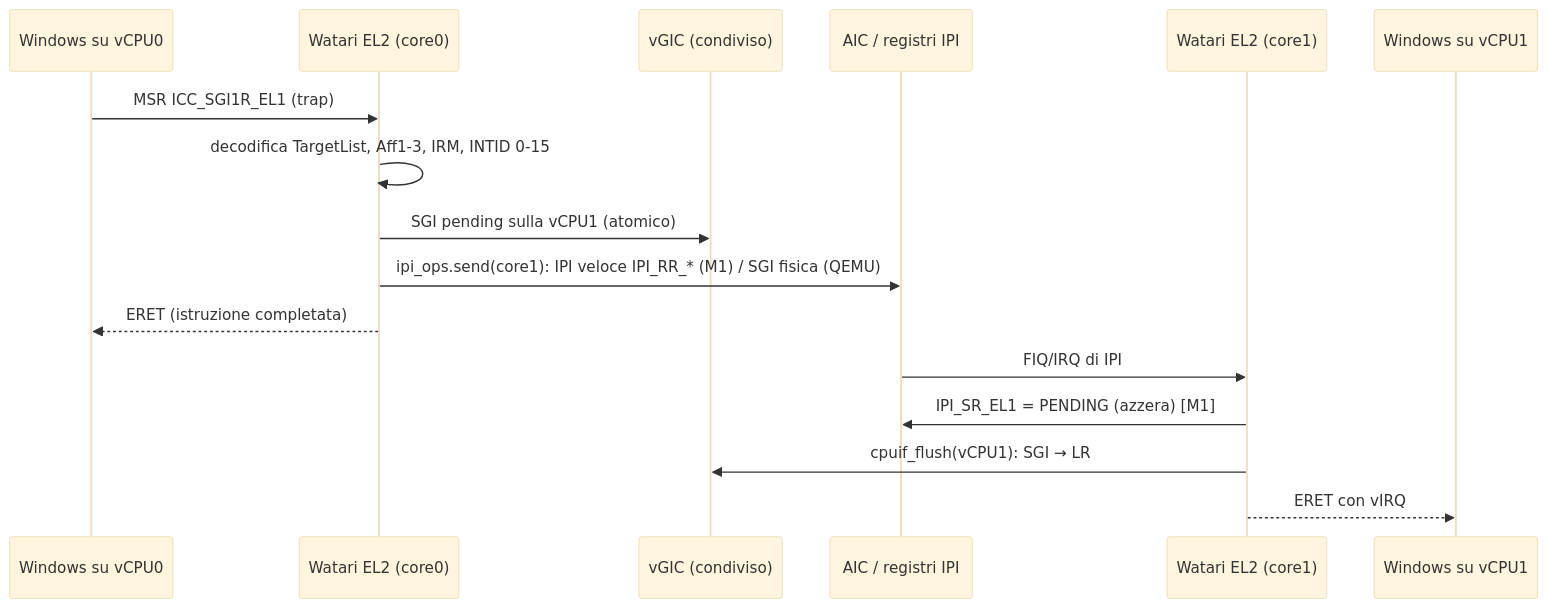
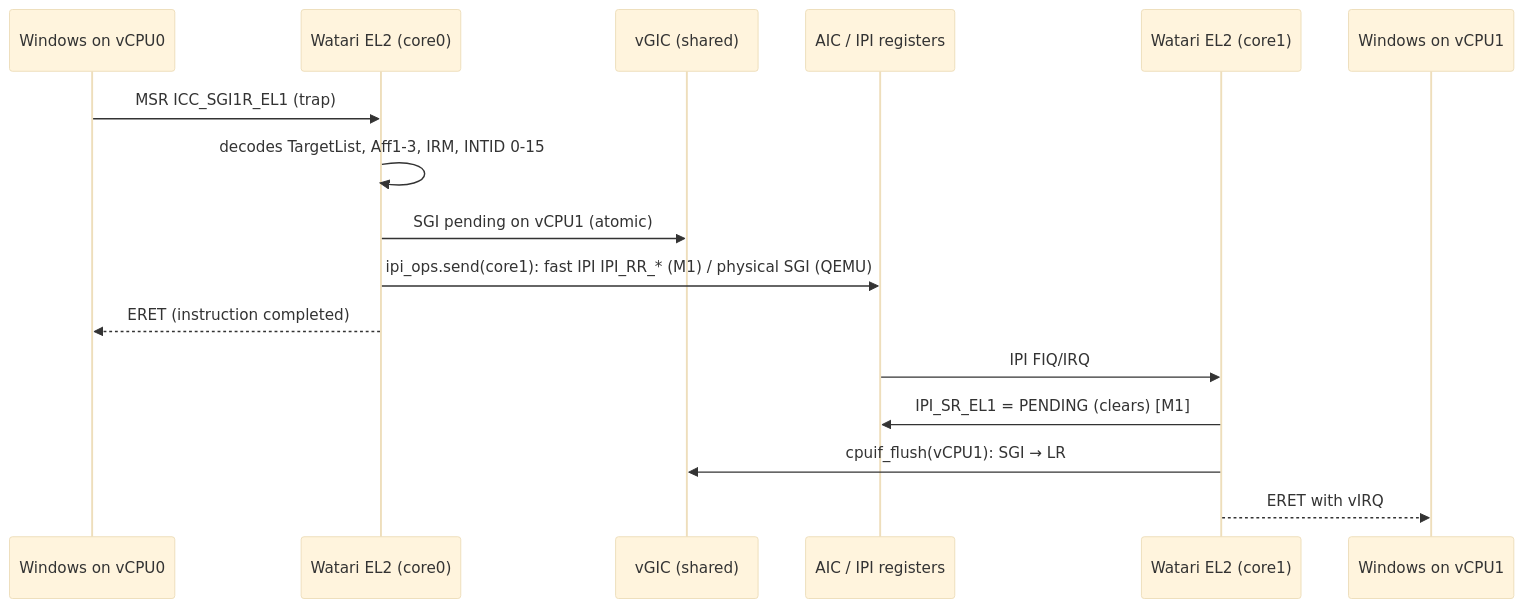
The sixth of 6 diagrams in docs/design/watari-el2/ARCHITECTURE.md (ZonatedCord/WatariBoot), drawn with Mermaid (base theme) before and after one commit. The commit also changed other lines of this file and 60 other files, not shown here.

````diff
--- a/docs/design/watari-el2/ARCHITECTURE.md
+++ b/docs/design/watari-el2/ARCHITECTURE.md
@@ -228,18 +228,18 @@
 ```mermaid
 sequenceDiagram
-  participant W0 as Windows su vCPU0
+  participant W0 as Windows on vCPU0
   participant E0 as Watari EL2 (core0)
-  participant V as vGIC (condiviso)
-  participant A as AIC / registri IPI
+  participant V as vGIC (shared)
+  participant A as AIC / IPI registers
   participant E1 as Watari EL2 (core1)
-  participant W1 as Windows su vCPU1
+  participant W1 as Windows on vCPU1
   W0->>E0: MSR ICC_SGI1R_EL1 (trap)
-  E0->>E0: decodifica TargetList, Aff1-3, IRM, INTID 0-15
-  E0->>V: SGI pending sulla vCPU1 (atomico)
-  E0->>A: ipi_ops.send(core1): IPI veloce IPI_RR_* (M1) / SGI fisica (QEMU)
-  E0-->>W0: ERET (istruzione completata)
-  A->>E1: FIQ/IRQ di IPI
-  E1->>A: IPI_SR_EL1 = PENDING (azzera) [M1]
+  E0->>E0: decodes TargetList, Aff1-3, IRM, INTID 0-15
+  E0->>V: SGI pending on vCPU1 (atomic)
+  E0->>A: ipi_ops.send(core1): fast IPI IPI_RR_* (M1) / physical SGI (QEMU)
+  E0-->>W0: ERET (instruction completed)
+  A->>E1: IPI FIQ/IRQ
+  E1->>A: IPI_SR_EL1 = PENDING (clears) [M1]
   E1->>V: cpuif_flush(vCPU1): SGI → LR
-  E1-->>W1: ERET con vIRQ
+  E1-->>W1: ERET with vIRQ
 ```
````
